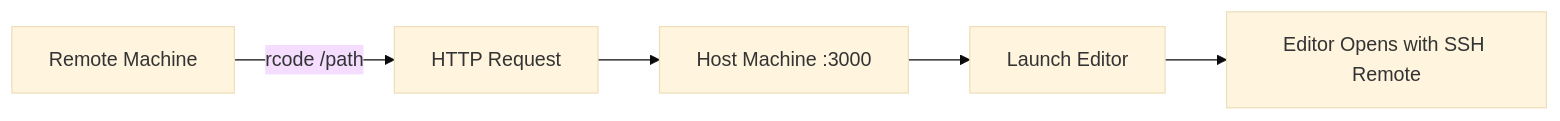
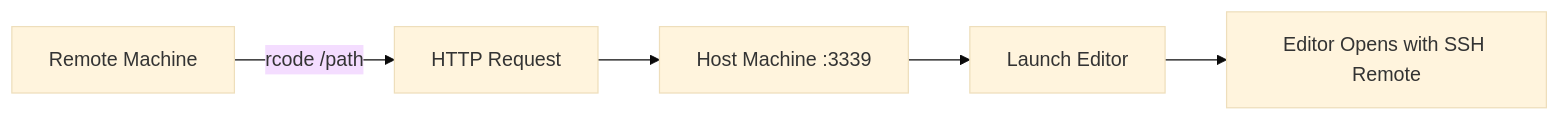
The diagram in README.md (foxytanuki/rcode), drawn with Mermaid (base theme) before and after one commit. The commit also changed other lines of this file and 8 other files, not shown here.

````diff
--- a/README.md
+++ b/README.md
@@ -15,7 +15,7 @@
 ```mermaid
 graph LR
     A[Remote Machine] -->|rcode /path| B[HTTP Request]
-    B --> C[Host Machine :3000]
+    B --> C[Host Machine :3339]
     C --> D[Launch Editor]
     D --> E[Editor Opens with SSH Remote]
 ```
````
